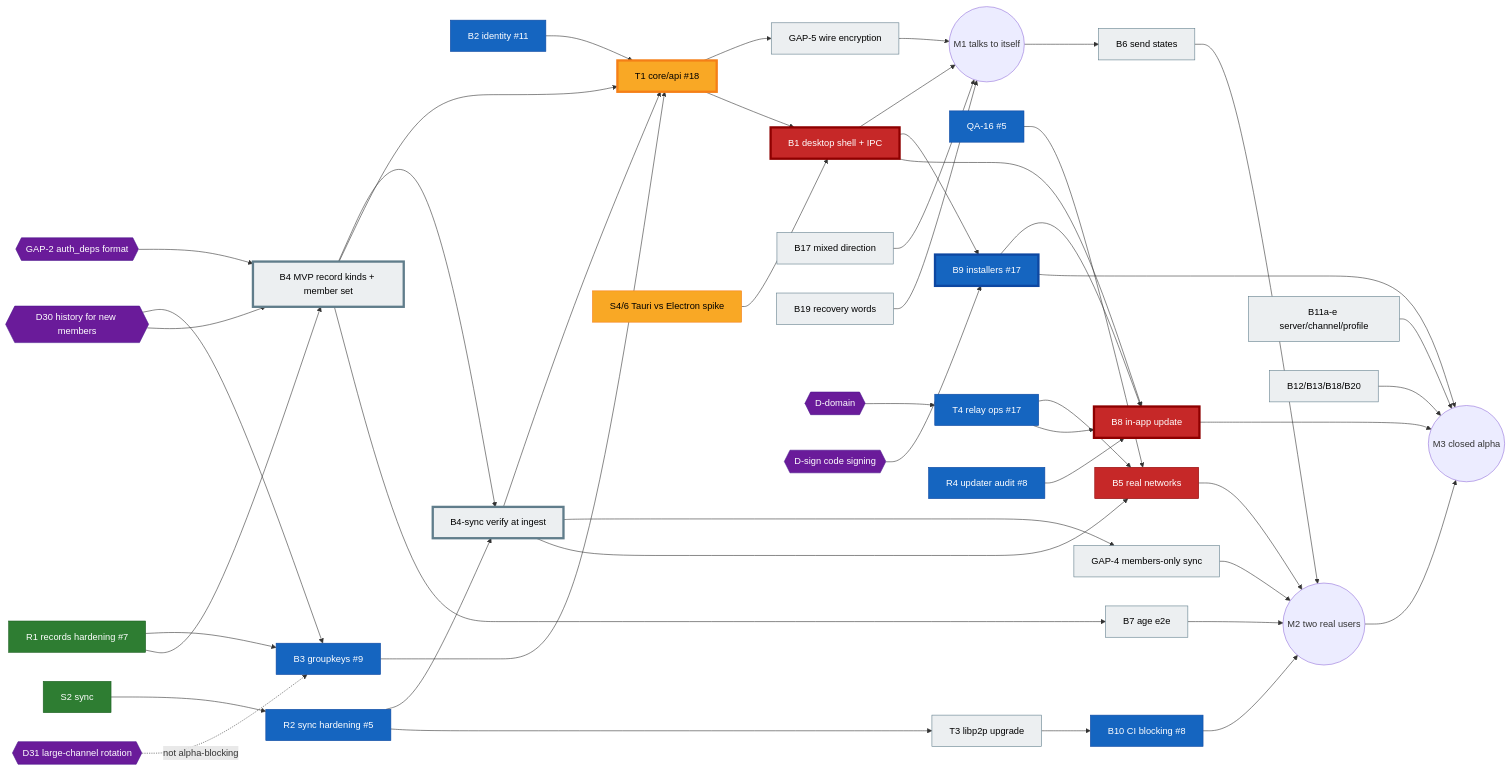
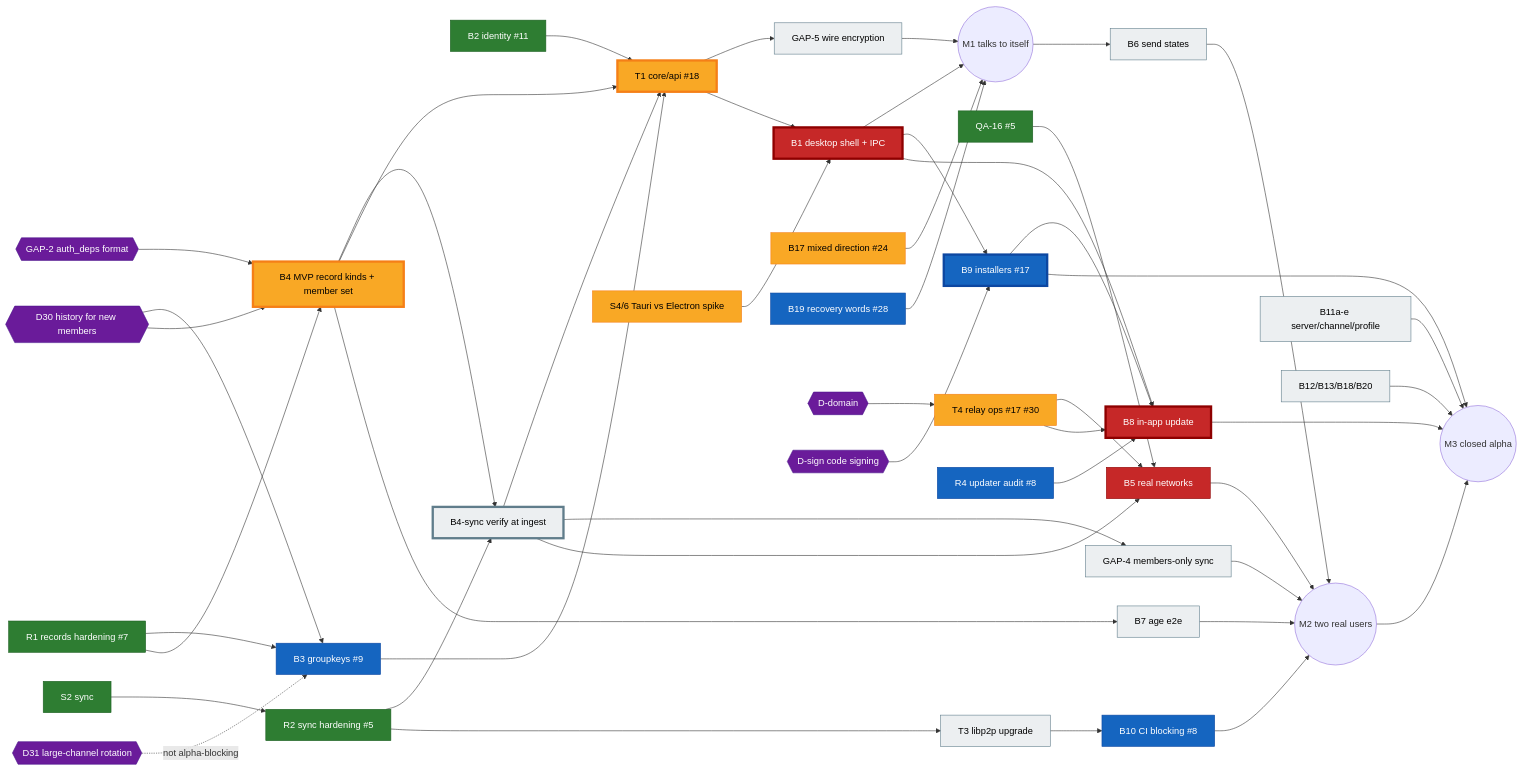
One commit to moranmoa/MVP changed the diagram in docs/BOARD.md. Above: the diagram before and after it, drawn with Mermaid. The commit also changed other lines of this file, not shown here.

Commit message:
docs(board): refresh 3 — #5/#11/#15/#17 merged, B4 staffed, specs done, T1 parity, QA-17 limit

````diff
--- a/docs/BOARD.md
+++ b/docs/BOARD.md
@@ -166,60 +164,60 @@
 ```mermaid
 graph LR
   classDef done fill:#2e7d32,color:#fff,stroke:#1b5e20
   classDef review fill:#1565c0,color:#fff,stroke:#0d47a1
   classDef prog fill:#f9a825,color:#000,stroke:#f57f17
   classDef blocked fill:#c62828,color:#fff,stroke:#8e0000
   classDef todo fill:#eceff1,color:#000,stroke:#607d8b
   classDef decision fill:#6a1b9a,color:#fff,stroke:#4a148c
   classDef crit stroke-width:4px
 
   R1[R1 records hardening #7]:::done
-  S2[S2 sync]:::done --> R2[R2 sync hardening #5]:::review
-  B2[B2 identity #11]:::review
+  S2[S2 sync]:::done --> R2[R2 sync hardening #5]:::done
+  B2[B2 identity #11]:::done
   R1 --> B3[B3 groupkeys #9]:::review
   D30{{D30 history for new members}}:::decision --> B3
   D30 --> B4
   D31{{D31 large-channel rotation}}:::decision -. not alpha-blocking .-> B3
   GAP2{{GAP-2 auth_deps format}}:::decision --> B4
-  R1 --> B4[B4 MVP record kinds + member set]:::todo
+  R1 --> B4[B4 MVP record kinds + member set]:::prog
   R2 --> B4S[B4-sync verify at ingest]:::todo
   B4 --> B4S
   B2 --> T1[T1 core/api #18]:::prog
   B3 --> T1
   B4 --> T1
   B4S --> T1
   T1 --> G5[GAP-5 wire encryption]:::todo
   S46[S4/6 Tauri vs Electron spike]:::prog --> B1[B1 desktop shell + IPC]:::blocked
   T1 --> B1
   G5 --> M1((M1 talks to itself))
   B1 --> M1
-  B17[B17 mixed direction]:::todo --> M1
-  B19[B19 recovery words]:::todo --> M1
+  B17[B17 mixed direction #24]:::prog --> M1
+  B19[B19 recovery words #28]:::review --> M1
 
-  QA16[QA-16 #5]:::review --> B5
-  DD{{D-domain}}:::decision --> T4[T4 relay ops #17]:::review
+  QA16[QA-16 #5]:::done --> B5
+  DD{{D-domain}}:::decision --> T4[T4 relay ops #17 #30]:::prog
   T4 --> B5[B5 real networks]:::blocked
   B4S --> G4[GAP-4 members-only sync]:::todo --> M2
   B4S --> B5
   M1 --> B6[B6 send states]:::todo
   B4 --> B7[B7 age e2e]:::todo
   B5 --> M2((M2 two real users))
   B6 --> M2
   B7 --> M2
   R2 --> T3[T3 libp2p upgrade]:::todo --> B10[B10 CI blocking #8]:::review
   B10 --> M2
 
   B1 --> B9[B9 installers #17]:::review
   DS{{D-sign code signing}}:::decision --> B9
   R4[R4 updater audit #8]:::review --> B8[B8 in-app update]:::blocked
   B1 --> B8
   B9 --> B8
   T4 --> B8
   M2 --> M3((M3 closed alpha))
   B8 --> M3
   B9 --> M3
   B11[B11a-e server/channel/profile]:::todo --> M3
   B12[B12/B13/B18/B20]:::todo --> M3
 
   class B4,B4S,T1,B1,B9,B8 crit
 ```
````
